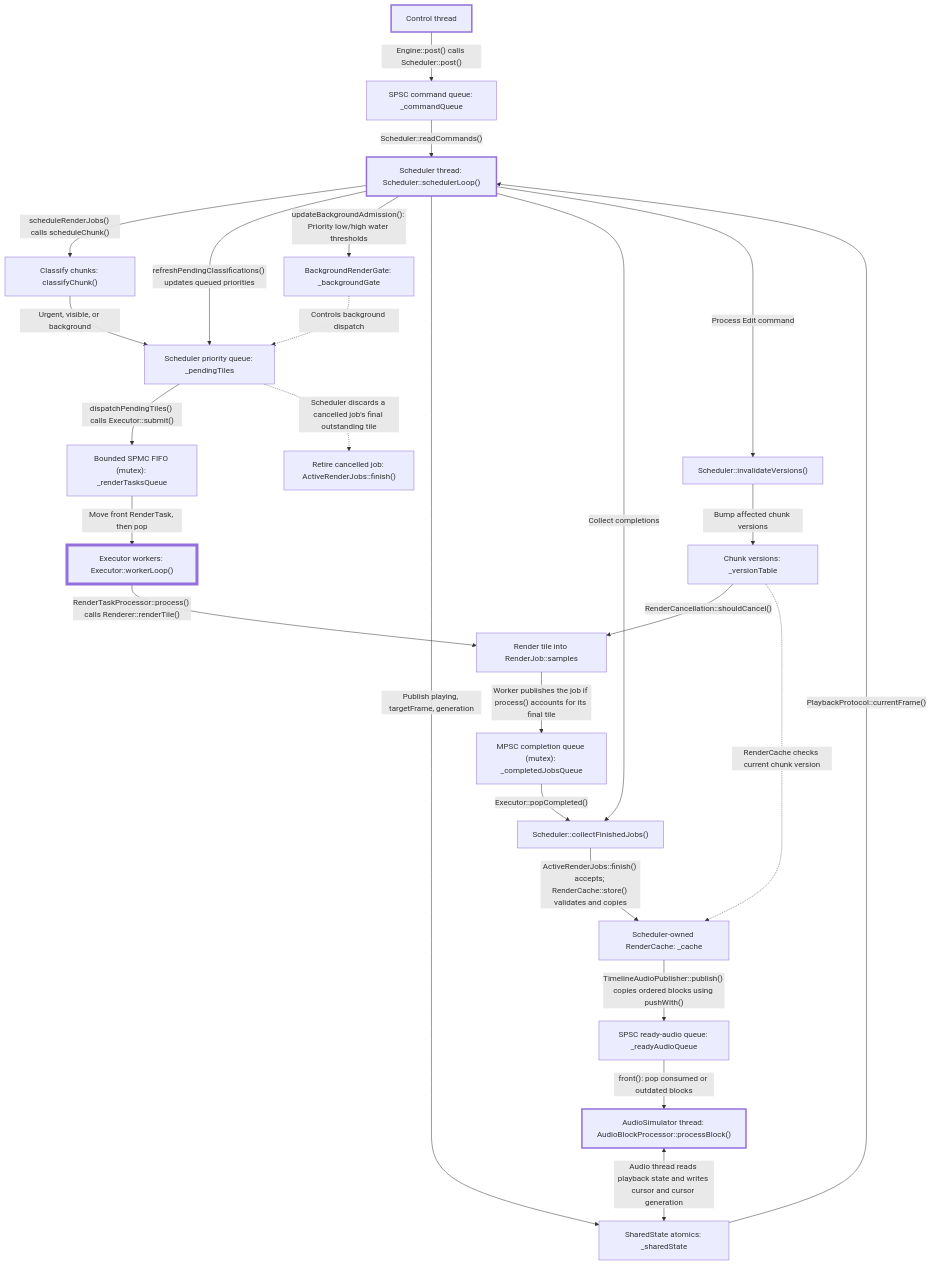
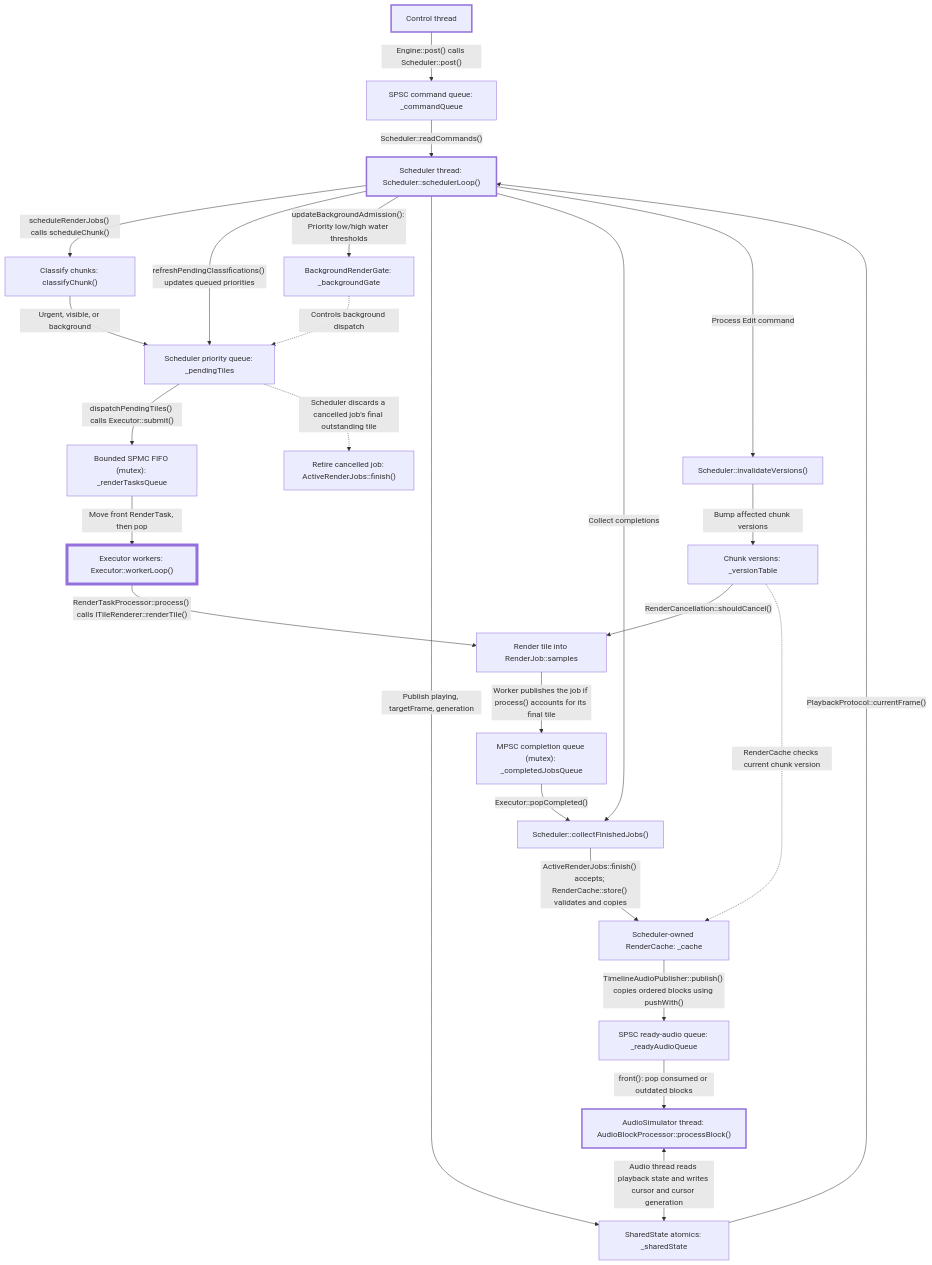
The diagram in README.md (ChristosKonstantas/anasa), drawn with Mermaid before and after one commit. The commit also changed 5 other files, not shown here.

````diff
--- a/README.md
+++ b/README.md
@@ -35,64 +35,64 @@
 ```mermaid
 flowchart TD
 
     Control["Control thread"]
     CommandQueue["SPSC command queue: _commandQueue"]
     Scheduler["Scheduler thread: Scheduler::schedulerLoop()"]
 
     Control -->|"Engine::post() calls Scheduler::post()"| CommandQueue
     CommandQueue -->|"Scheduler::readCommands()"| Scheduler
 
     ExecutorQueue["Bounded SPMC FIFO (mutex): _renderTasksQueue"]
     Workers["Executor workers: Executor::workerLoop()"]
     Render["Render tile into RenderJob::samples"]
     CompletionQueue["MPSC completion queue (mutex): _completedJobsQueue"]
 
     Classify["Classify chunks: classifyChunk()"]
     Pending["Scheduler priority queue: _pendingTiles"]
 
     Scheduler -->|"scheduleRenderJobs() calls scheduleChunk()"| Classify
     Classify -->|"Urgent, visible, or background"| Pending
     Scheduler -->|"refreshPendingClassifications() updates queued priorities"| Pending
     Pending -->|"dispatchPendingTiles() calls Executor::submit()"| ExecutorQueue
     ExecutorQueue -->|"Move front RenderTask, then pop"| Workers
-    Workers -->|"RenderTaskProcessor::process() calls Renderer::renderTile()"| Render
+    Workers -->|"RenderTaskProcessor::process() calls ITileRenderer::renderTile()"| Render
     Render -->|"Worker publishes the job if process() accounts for its final tile"| CompletionQueue
     Admission["BackgroundRenderGate: _backgroundGate"]
 
     Scheduler -->|"updateBackgroundAdmission(): Priority low/high water thresholds"| Admission
     Admission -.->|"Controls background dispatch"| Pending
     Cache["Scheduler-owned RenderCache: _cache"]
     ReadyQueue["SPSC ready-audio queue: _readyAudioQueue"]
     Audio["AudioSimulator thread: AudioBlockProcessor::processBlock()"]
 
     Cache -->|"TimelineAudioPublisher::publish() copies ordered blocks using pushWith()"| ReadyQueue
     ReadyQueue -->|"front(): pop consumed or outdated blocks"| Audio
 
     Shared["SharedState atomics: _sharedState"]
 
     Scheduler -->|"Publish playing, targetFrame, generation"| Shared
     Shared -->|"PlaybackProtocol::currentFrame()"| Scheduler
 
     Audio <-->|"Audio thread reads playback state and writes cursor and cursor generation"| Shared
 
     Versions["Chunk versions: _versionTable"]
 
     Versions -->|"RenderCancellation::shouldCancel()"| Render
 
     Collect["Scheduler::collectFinishedJobs()"]
     Invalidate["Scheduler::invalidateVersions()"]
     Retire["Retire cancelled job: ActiveRenderJobs::finish()"]
 
     Scheduler -->|"Collect completions"| Collect
     CompletionQueue -->|"Executor::popCompleted()"| Collect
     Versions -.->|"RenderCache checks current chunk version"| Cache
     Collect -->|"ActiveRenderJobs::finish() accepts; RenderCache::store() validates and copies"| Cache
     Pending -.->|"Scheduler discards a cancelled job's final outstanding tile"| Retire
     Scheduler -->|"Process Edit command"| Invalidate
     Invalidate -->|"Bump affected chunk versions"| Versions
     classDef thread stroke-width:3px;
     classDef threadPool stroke-width:6px;
 
     class Control,Scheduler,Audio thread;
     class Workers threadPool;
 ```
````
